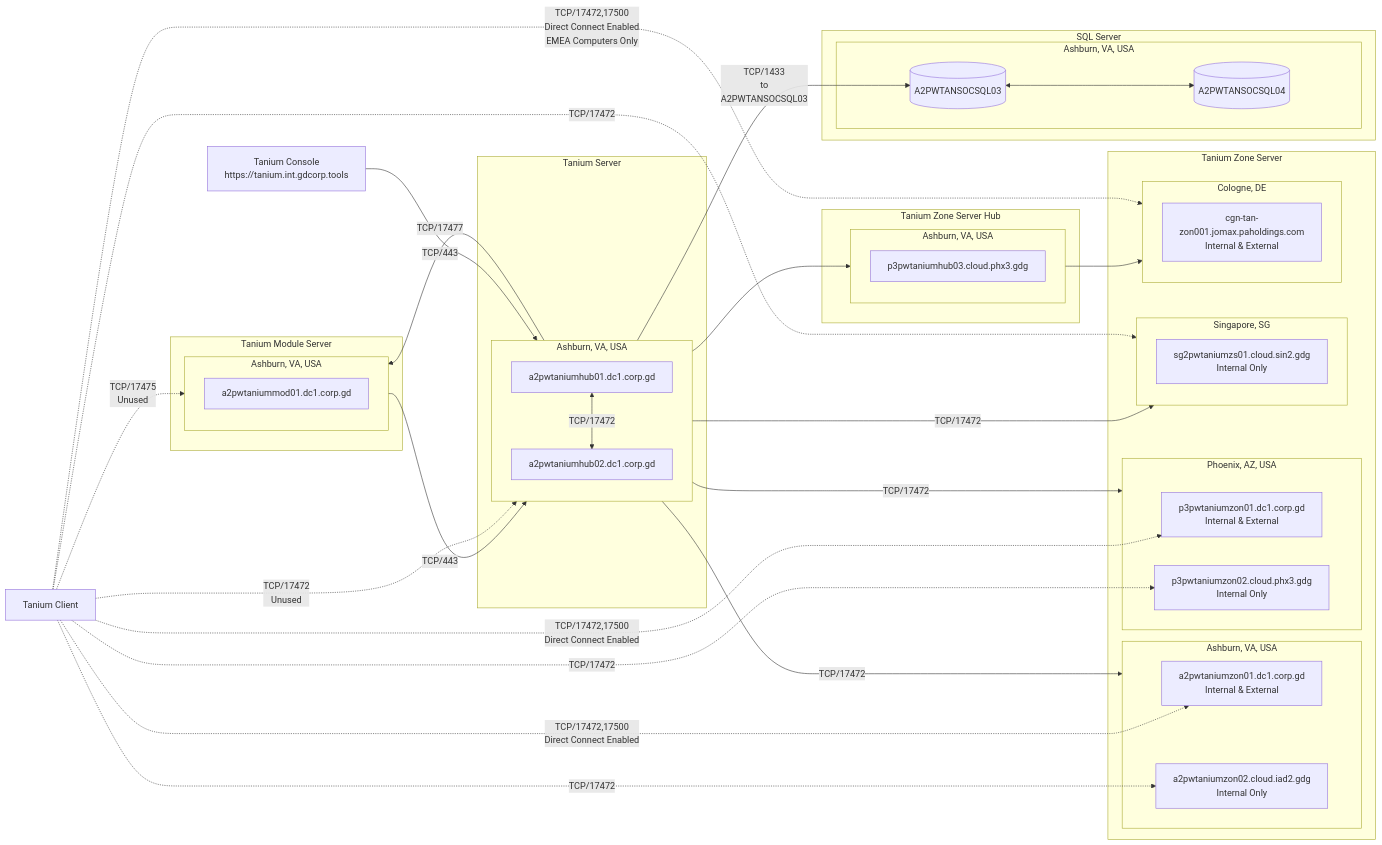
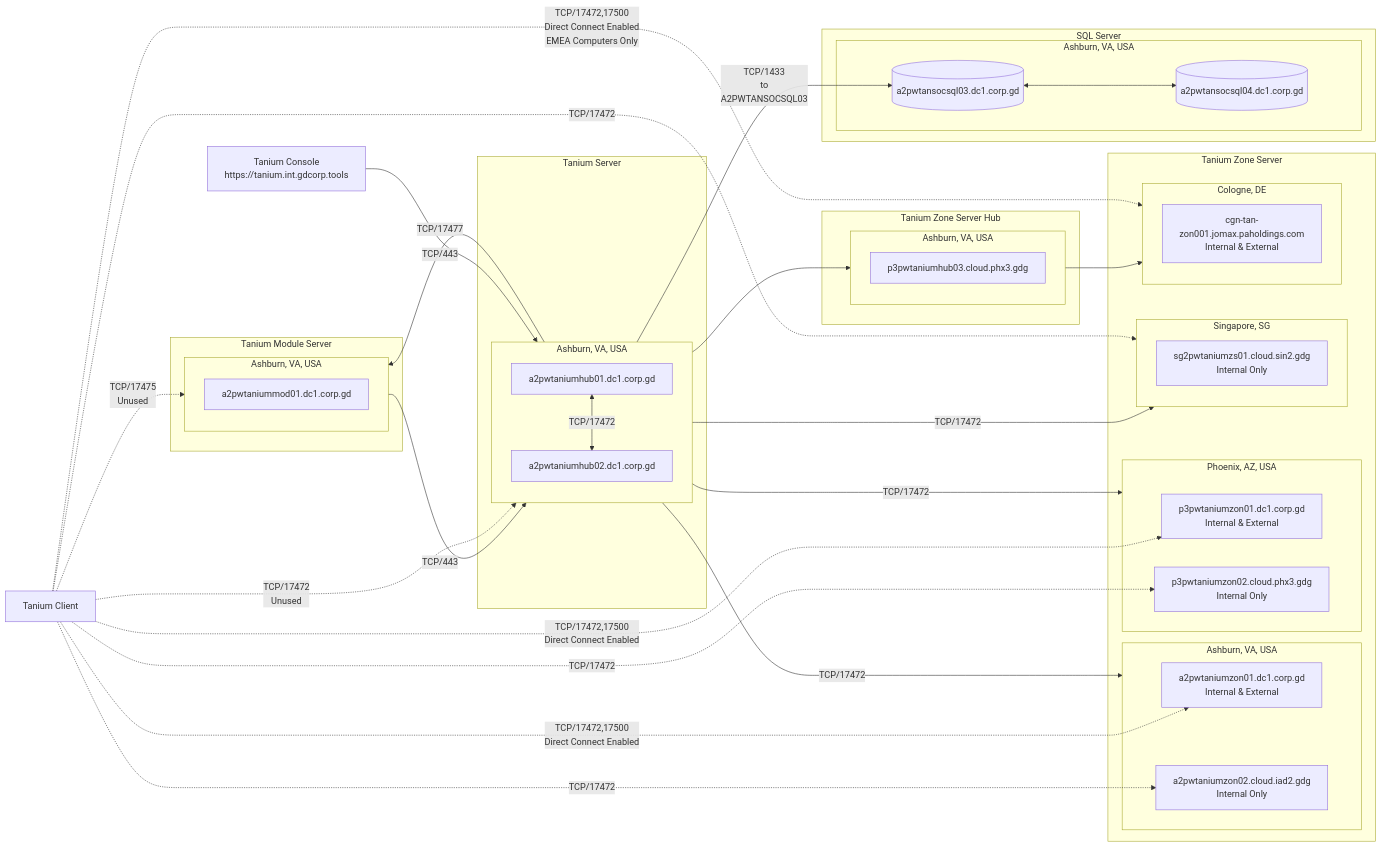
The diagram in docs/diagrams/src/tanium-architecture-prod-us.mmd (gdsec-test/tsa-tanium-config), drawn with Mermaid before and after one commit.

Commit message:
Added FQDNs for SQL Server

```diff
--- a/docs/diagrams/src/tanium-architecture-prod-us.mmd
+++ b/docs/diagrams/src/tanium-architecture-prod-us.mmd
@@ -1,77 +1,77 @@
 flowchart LR
     %% Define nodes and subgraphs
     subgraph TS["Tanium Server"]
         subgraph TS_A2["Ashburn, VA, USA"]
             TS_A2_1["a2pwtaniumhub01.dc1.corp.gd"]
             TS_A2_2["a2pwtaniumhub02.dc1.corp.gd"]
             TS_A2_1 <-->|"TCP/17472"| TS_A2_2
         end
     end
     subgraph MS["Tanium Module Server"]
         subgraph MS_P3["Ashburn, VA, USA"]
             MS_P3_1["a2pwtaniummod01.dc1.corp.gd"]
         end
     end
     subgraph ZS["Tanium Zone Server"]
         subgraph ZS_A2["Ashburn, VA, USA"]
             ZS_A2_1["a2pwtaniumzon01.dc1.corp.gd<br/>Internal & External"]
             ZS_A2_2["a2pwtaniumzon02.cloud.iad2.gdg<br/>Internal Only"]
         end
         subgraph ZS_P3["Phoenix, AZ, USA"]
             ZS_P3_1["p3pwtaniumzon01.dc1.corp.gd<br/>Internal & External"]
             ZS_P3_2["p3pwtaniumzon02.cloud.phx3.gdg<br/>Internal Only"]
         end
         subgraph ZS_SG2["Singapore, SG"]
             ZS_SG2_1["sg2pwtaniumzs01.cloud.sin2.gdg<br/>Internal Only"]
         end
         subgraph ZS_CGN["Cologne, DE"]
             ZS_CGN_1["cgn-tan-zon001.jomax.paholdings.com<br/>Internal & External"]
         end
     end
     subgraph ZH["Tanium Zone Server Hub"]
         subgraph ZH_A2["Ashburn, VA, USA"]
             ZH_A2_1["p3pwtaniumhub03.cloud.phx3.gdg"]
         end
     end
     subgraph SQL["SQL Server"]
         subgraph SQL_A2["Ashburn, VA, USA"]
-            SQL_A2_3[("A2PWTANSOCSQL03")]
-            SQL_A2_4[("A2PWTANSOCSQL04")]
+            SQL_A2_3[("a2pwtansocsql03.dc1.corp.gd")]
+            SQL_A2_4[("a2pwtansocsql04.dc1.corp.gd")]
             SQL_A2_3 <--> SQL_A2_4
         end
     end
     
     %% Define nodes not part of a subgraph
     %%Title("Tanium Production"):::StyleGoDaddyProd
     TaniumClient["Tanium Client"]
     TaniumConsole["Tanium Console<br/>https://tanium.int.gdcorp.tools"]
 
     %% Define relationships
     TS_A2 -->|"TCP/17477"| MS_P3
     MS_P3 -->|"TCP/443"| TS_A2
     TS_A2 -->|"TCP/1433<br/>to<br/>A2PWTANSOCSQL03"| SQL_A2_3
     TS_A2 --> ZH_A2
     TS_A2 -->|"TCP/17472"| ZS_A2
     TS_A2 -->|"TCP/17472"| ZS_P3
     TS_A2 -->|"TCP/17472"| ZS_SG2
     ZH_A2 --> ZS_CGN
     TaniumClient -.->|"TCP/17472<br/>Unused"| TS_A2
     TaniumClient -.->|"TCP/17475<br/>Unused"| MS_P3
     TaniumClient -.->|"TCP/17472,17500<br/>Direct Connect Enabled<br/>EMEA Computers Only"| ZS_CGN
     TaniumClient -.->|"TCP/17472,17500<br/>Direct Connect Enabled"| ZS_A2_1
     TaniumClient -.->|"TCP/17472"| ZS_A2_2
     TaniumClient -.->|"TCP/17472,17500<br/>Direct Connect Enabled"| ZS_P3_1
     TaniumClient -.->|"TCP/17472"| ZS_P3_2
     TaniumClient -.->|"TCP/17472"| ZS_SG2
     TaniumConsole -->|"TCP/443"| TS_A2
     
     %% Add hyperlinks
     click TaniumConsole "https://tanium.int.gdcorp.tools" "Tanium Console (VPN Required)"
 
     %% Define styles
     classDef StyleGoDaddyProd fill:#E22726,color:#000000,stroke:#FFFFFF,stroke-width:1px;
     classDef StyleGoDaddyProdEMEA fill:#FED317,color:#2F1C4C,stroke:#FADCD9,stroke-width:1px;
     classDef StyleGoDaddyDev fill:#00782E,color:#D8EFEF,stroke:#FFEEA9,stroke-width:1px;
 
     %% Assign styles
     %%class Title StyleGoDaddyProd;
```
